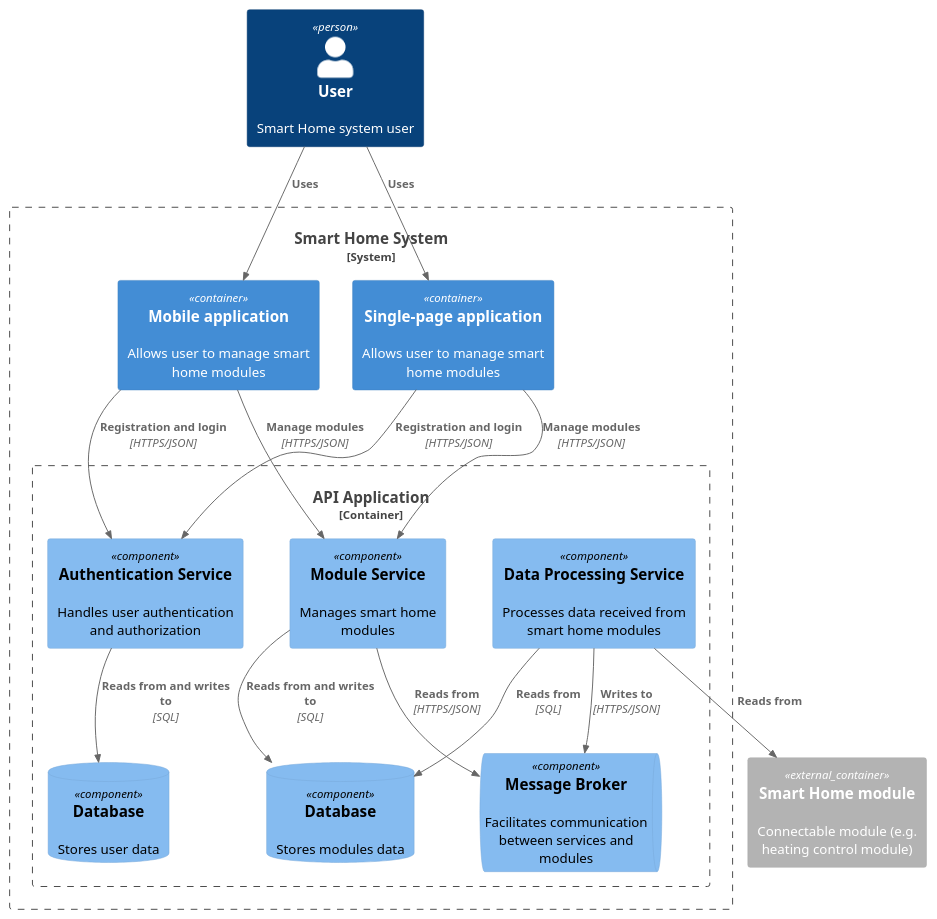
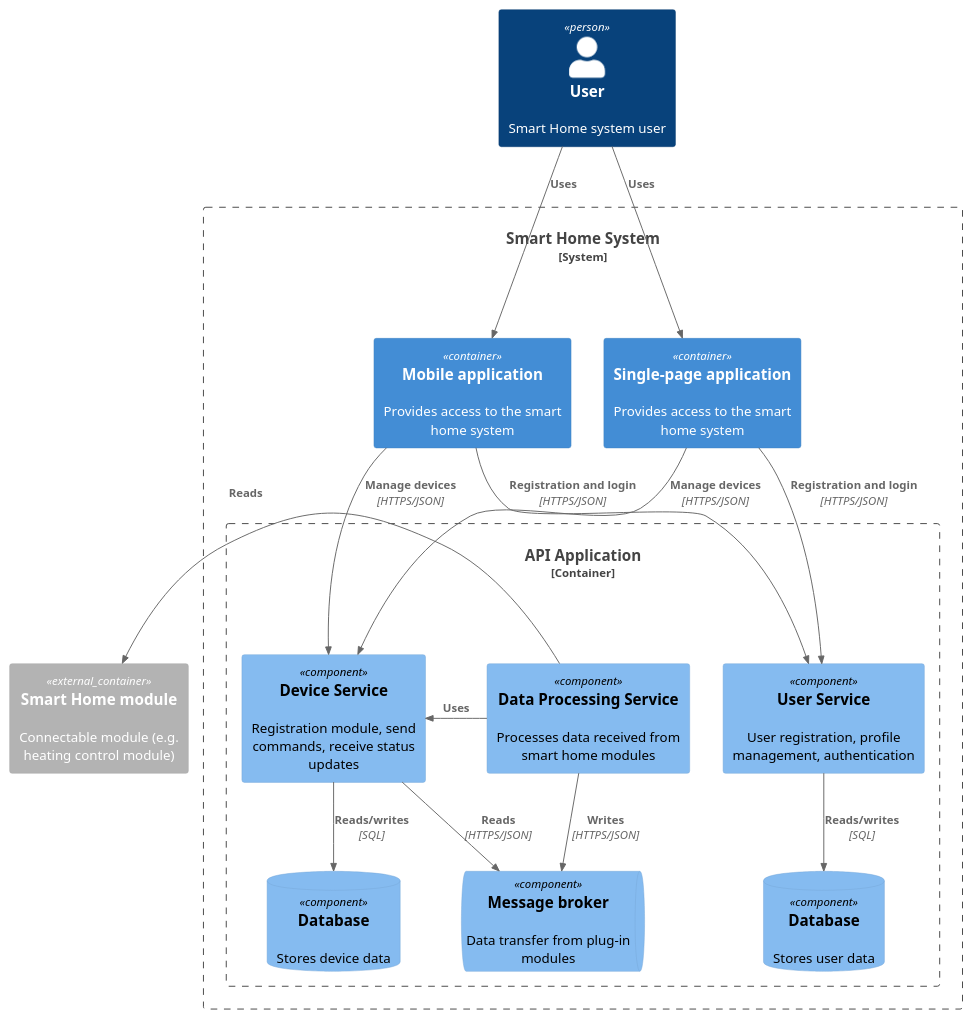
Before and after one commit to Madm1key/architecture-warmhouse: the diagram in diagram/component/SmartHome_Component.puml, drawn with PlantUML. The commit also changed 2 other files, not shown here.

Commit message:
doc: обновлены описания контейнеров и компонентов в диаграммах C4

```diff
--- a/diagram/component/SmartHome_Component.puml
+++ b/diagram/component/SmartHome_Component.puml
@@ -1,41 +1,42 @@
 @startuml
 !include https://raw.githubusercontent.com/plantuml-stdlib/C4-PlantUML/master/C4_Component.puml
 
 Person(user, "User", "Smart Home system user")
 
 System_Boundary(s, "Smart Home System") {
-  Container(mobileApp, "Mobile application", $descr="Allows user to manage smart home modules")
-  Container(spa, "Single-page application", $descr="Allows user to manage smart home modules")
+  Container(mobileApp, "Mobile application", $descr="Provides access to the smart home system")
+  Container(spa, "Single-page application", $descr="Provides access to the smart home system")
 
   Container_Boundary(app, "API Application") {
-    Component(dataProc, "Data Processing Service", $descr="Processes data received from smart home modules")
-    Component(auth, "Authentication Service", $descr="Handles user authentication and authorization")
-    Component(moduleService, "Module Service", $descr="Manages smart home modules")
+    Component(userService, "User Service", $descr="User registration, profile management, authentication")
+    Component(dataProcService, "Data Processing Service", $descr="Processes data received from smart home modules")
+    Component(deviceService, "Device Service", $descr="Registration module, send commands, receive status updates")
 
-    ComponentQueue(broker, "Message Broker", $descr="Facilitates communication between services and modules")
+    ComponentQueue(broker, "Message broker", $descr="Data transfer from plug-in modules")
 
     ComponentDb(userDb, "Database", $descr="Stores user data")
-    ComponentDb(moduleDb, "Database", $descr="Stores modules data")
+    ComponentDb(deviceDb, "Database", $descr="Stores device data")
   }
 
 }
 
 Container_Ext(module, "Smart Home module", $descr="Connectable module (e.g. heating control module)")
 
 Rel(user, mobileApp, "Uses")
 Rel(user, spa, "Uses")
 
-Rel(mobileApp, auth, "Registration and login", "HTTPS/JSON")
-Rel(spa, auth, "Registration and login", "HTTPS/JSON")
-Rel(mobileApp, moduleService, "Manage modules", "HTTPS/JSON")
-Rel(spa, moduleService, "Manage modules", "HTTPS/JSON")
+Rel(mobileApp, userService, "Registration and login", "HTTPS/JSON")
+Rel(mobileApp, deviceService, "Manage devices", "HTTPS/JSON")
 
-Rel(dataProc, module, "Reads from")
-Rel(dataProc, broker, "Writes to",  "HTTPS/JSON")
-Rel(dataProc, moduleDb, "Reads from", "SQL")
+Rel(spa, userService, "Registration and login", "HTTPS/JSON")
+Rel(spa, deviceService, "Manage devices", "HTTPS/JSON")
 
-Rel(moduleService, broker, "Reads from", "HTTPS/JSON")
-Rel(moduleService, moduleDb, "Reads from and writes to", "SQL")
+Rel_L(dataProcService, module, "Reads")
+Rel_R(dataProcService, deviceService, "Uses")
 
-Rel(auth, userDb, "Reads from and writes to", "SQL")
+Rel(dataProcService, broker, "Writes",  "HTTPS/JSON")
+Rel(deviceService, broker, "Reads", "HTTPS/JSON")
+
+Rel(userService, userDb, "Reads/writes", "SQL")
+Rel(deviceService, deviceDb, "Reads/writes", "SQL")
 @enduml
```
